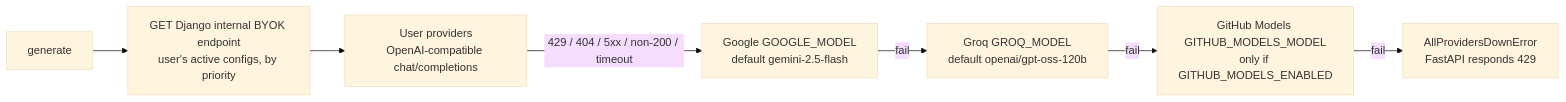
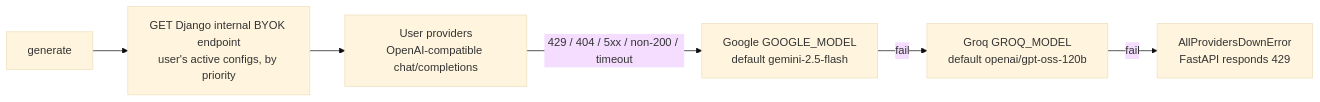
Before and after one commit to muhammedsiinanmp/Devmind: the fifth of 10 diagrams in docs/SYSTEM_ARCHITECTURE.md, drawn with Mermaid (base theme). The commit also changed other lines of this file and 3 other files, not shown here.

Commit message:
Document GitHub Models removal

````diff
--- a/docs/SYSTEM_ARCHITECTURE.md
+++ b/docs/SYSTEM_ARCHITECTURE.md
@@ -312,9 +312,8 @@
 ```mermaid
 flowchart LR
     A[generate] --> B[GET Django internal BYOK endpoint<br/>user's active configs, by priority]
     B --> C[User providers<br/>OpenAI-compatible chat/completions]
     C -->|429 / 404 / 5xx / non-200 / timeout| D[Google GOOGLE_MODEL<br/>default gemini-2.5-flash]
     D -->|fail| E[Groq GROQ_MODEL<br/>default openai/gpt-oss-120b]
-    E -->|fail| F[GitHub Models GITHUB_MODELS_MODEL<br/>only if GITHUB_MODELS_ENABLED]
-    F -->|fail| G[AllProvidersDownError<br/>FastAPI responds 429]
+    E -->|fail| G[AllProvidersDownError<br/>FastAPI responds 429]
 ```
````
